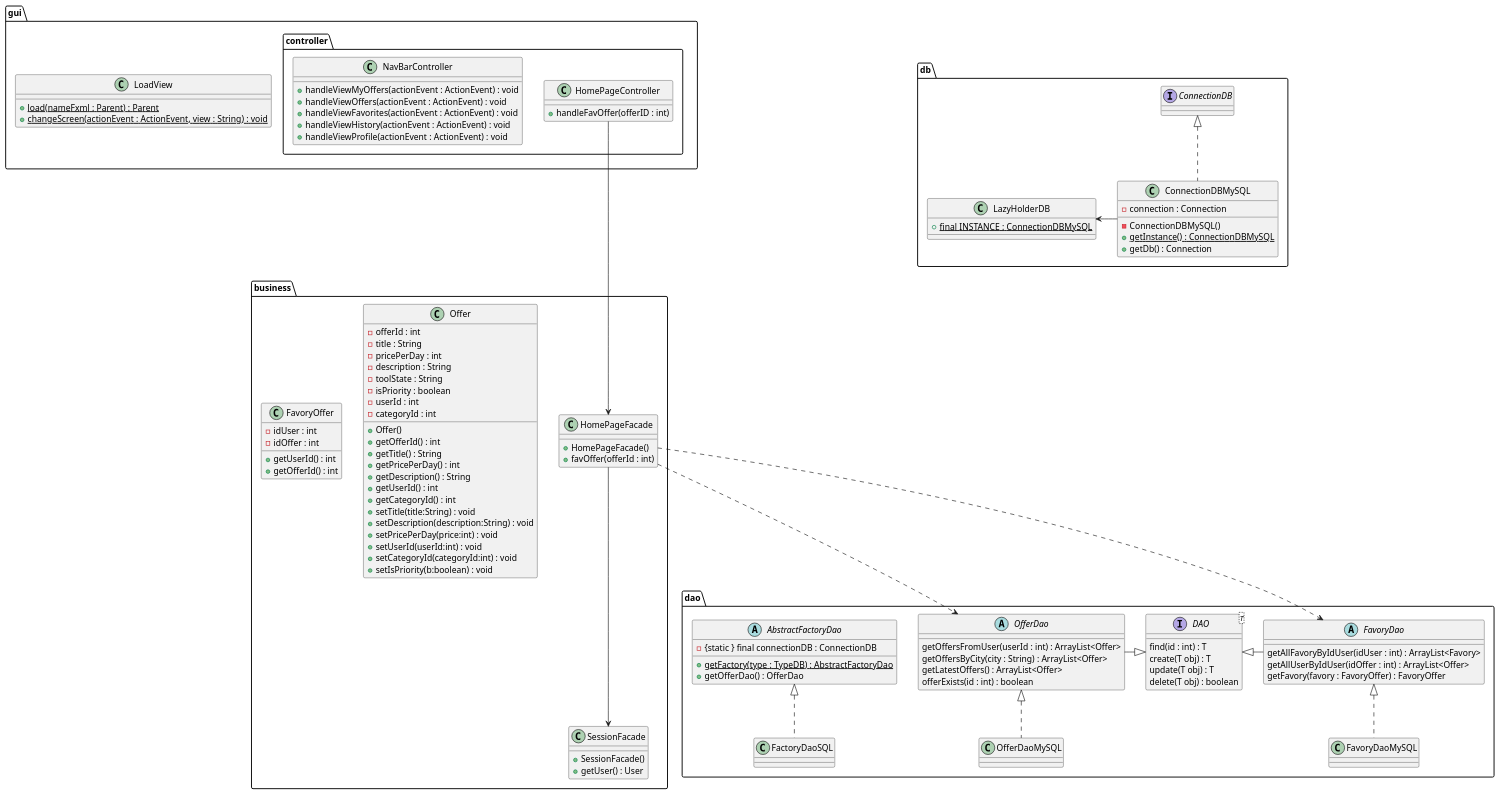
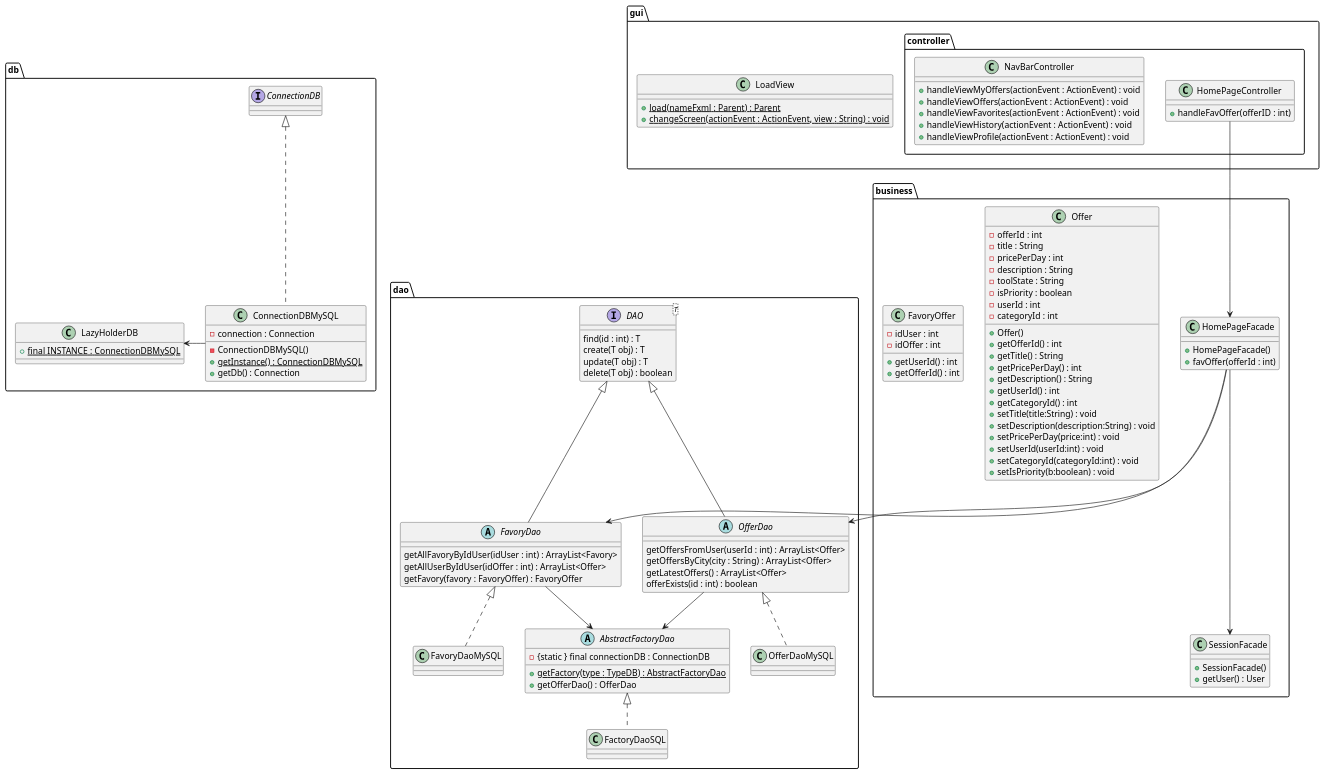
One commit to LaunoisRemy/ToolShare changed the diagram in documents/diagram/homePage/homePageClass.puml. Above: the diagram before and after it, drawn with PlantUML. The commit also changed 3 other files, not shown here.

```diff
--- a/documents/diagram/homePage/homePageClass.puml
+++ b/documents/diagram/homePage/homePageClass.puml
@@ -1,129 +1,133 @@
 @startuml
 
 package dao {
 
 
     abstract OfferDao{
         getOffersFromUser(userId : int) : ArrayList<Offer>
         getOffersByCity(city : String) : ArrayList<Offer>
         getLatestOffers() : ArrayList<Offer>
         offerExists(id : int) : boolean
     }
     class OfferDaoMySQL
     FactoryDaoSQL .up.|> AbstractFactoryDao
     OfferDaoMySQL .up.|> OfferDao
     abstract FavoryDao{
         getAllFavoryByIdUser(idUser : int) : ArrayList<Favory>
         getAllUserByIdUser(idOffer : int) : ArrayList<Offer>
         getFavory(favory : FavoryOffer) : FavoryOffer
     }
     class FavoryDaoMySQL
     FavoryDaoMySQL .up.|> FavoryDao
 
     interface DAO<T>{
         find(id : int) : T
         create(T obj) : T
         update(T obj) : T
         delete(T obj) : boolean
     }
 
     abstract AbstractFactoryDao{
         - {static } final connectionDB : ConnectionDB
         + {static} getFactory(type : TypeDB) : AbstractFactoryDao
         + getOfferDao() : OfferDao
     }
 
     class FactoryDaoSQL{
     }
 
 
-    DAO <|-left OfferDao
-    DAO <|- FavoryDao
+    DAO <|-- OfferDao
+    DAO <|-- FavoryDao
 }
 package db{
     class ConnectionDBMySQL{
         - connection : Connection
         - ConnectionDBMySQL()
         + {static} getInstance() : ConnectionDBMySQL
         + getDb() : Connection
     }
 
     class LazyHolderDB{
         + {static} final INSTANCE : ConnectionDBMySQL
     }
     interface ConnectionDB
     ConnectionDBMySQL -Left-> LazyHolderDB
     ConnectionDBMySQL .up.|> ConnectionDB
 
 }
 package business{
-    class SessionFacade{
-        + SessionFacade()
-        + getUser() : User
-    }
 
     class Offer{
         -offerId : int
         -title : String
         -pricePerDay : int
         -description : String
         -toolState : String
         -isPriority : boolean
         -userId : int
         -categoryId : int
         + Offer()
         + getOfferId() : int
         + getTitle() : String
         + getPricePerDay() : int
         + getDescription() : String
         + getUserId() : int
         + getCategoryId() : int
         + setTitle(title:String) : void
         + setDescription(description:String) : void
         + setPricePerDay(price:int) : void
         + setUserId(userId:int) : void
         + setCategoryId(categoryId:int) : void
         + setIsPriority(b:boolean) : void
     }
 
     class FavoryOffer{
         - idUser : int
         - idOffer : int
         + getUserId() : int
         + getOfferId() : int
     }
+    class SessionFacade{
+        + SessionFacade()
+        + getUser() : User
+    }
+
     class HomePageFacade{
         + HomePageFacade()
         + favOffer(offerId : int)
     }
+
 
 }
 
 package gui{
 
     class LoadView{
         + {static} load(nameFxml : Parent) : Parent
         + {static} changeScreen(actionEvent : ActionEvent, view : String) : void
     }
 
     package controller{
         class HomePageController{
             + handleFavOffer(offerID : int)
         }
         class NavBarController{
             + handleViewMyOffers(actionEvent : ActionEvent) : void
             + handleViewOffers(actionEvent : ActionEvent) : void
             + handleViewFavorites(actionEvent : ActionEvent) : void
             + handleViewHistory(actionEvent : ActionEvent) : void
             + handleViewProfile(actionEvent : ActionEvent) : void
         }
     }
 }
-HomePageFacade <--Up- HomePageController
+HomePageFacade <-Up- HomePageController
 SessionFacade <--Up- HomePageFacade
-HomePageFacade ..> FavoryDao
-HomePageFacade ..> OfferDao
+HomePageFacade --> FavoryDao
+HomePageFacade --> OfferDao
+OfferDao --> AbstractFactoryDao
+FavoryDao --> AbstractFactoryDao
 
 
 
 @enduml
```
